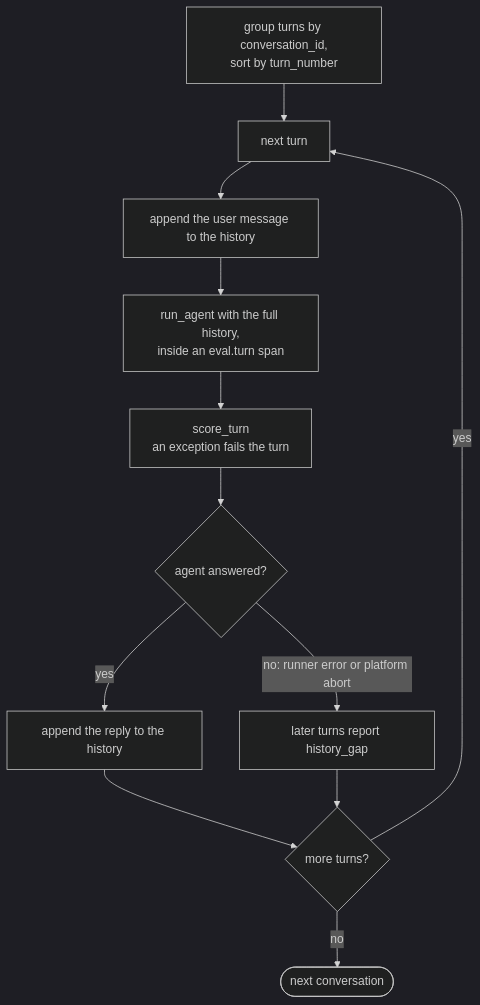
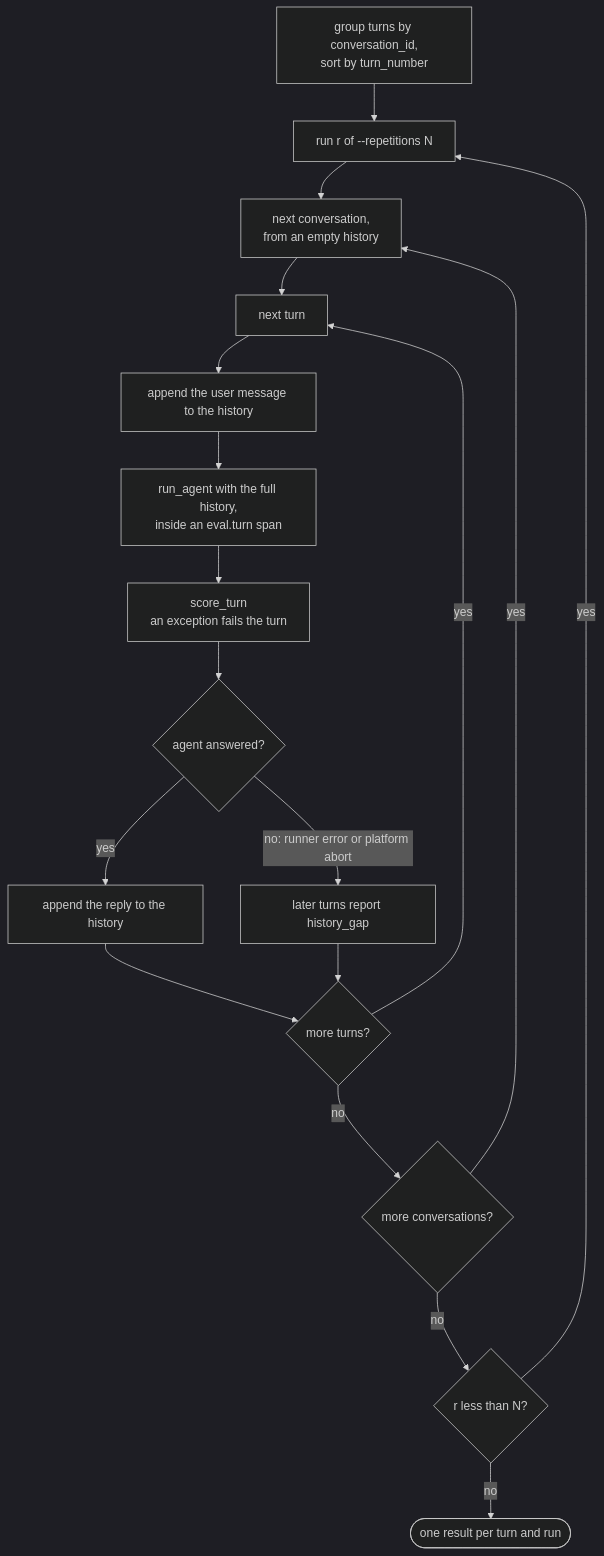
One commit to bradrlaw/foundryToolboxEval changed diagram 11 of 17 in docs/architecture.md. Above: the diagram before and after it, drawn with Mermaid (dark theme). The commit also changed other lines of this file and 17 other files, not shown here.

````diff
--- a/docs/architecture.md
+++ b/docs/architecture.md
@@ -542,14 +555,20 @@
 ```mermaid
 flowchart TD
-    group["group turns by conversation_id,<br/>sort by turn_number"] --> next["next turn"]
+    group["group turns by conversation_id,<br/>sort by turn_number"] --> rep["run r of --repetitions N"]
+    rep --> conv["next conversation,<br/>from an empty history"]
+    conv --> next["next turn"]
     next --> user["append the user message to the history"]
     user --> invoke["run_agent with the full history,<br/>inside an eval.turn span"]
     invoke --> score["score_turn<br/>an exception fails the turn"]
     score --> answered{"agent answered?"}
     answered -->|"yes"| asst["append the reply to the history"]
     answered -->|"no: runner error or platform abort"| gap["later turns report history_gap"]
     asst --> more{"more turns?"}
     gap --> more
     more -->|"yes"| next
-    more -->|"no"| conv(["next conversation"])
+    more -->|"no"| convs{"more conversations?"}
+    convs -->|"yes"| conv
+    convs -->|"no"| reps{"r less than N?"}
+    reps -->|"yes"| rep
+    reps -->|"no"| done(["one result per turn and run"])
 ```
````
